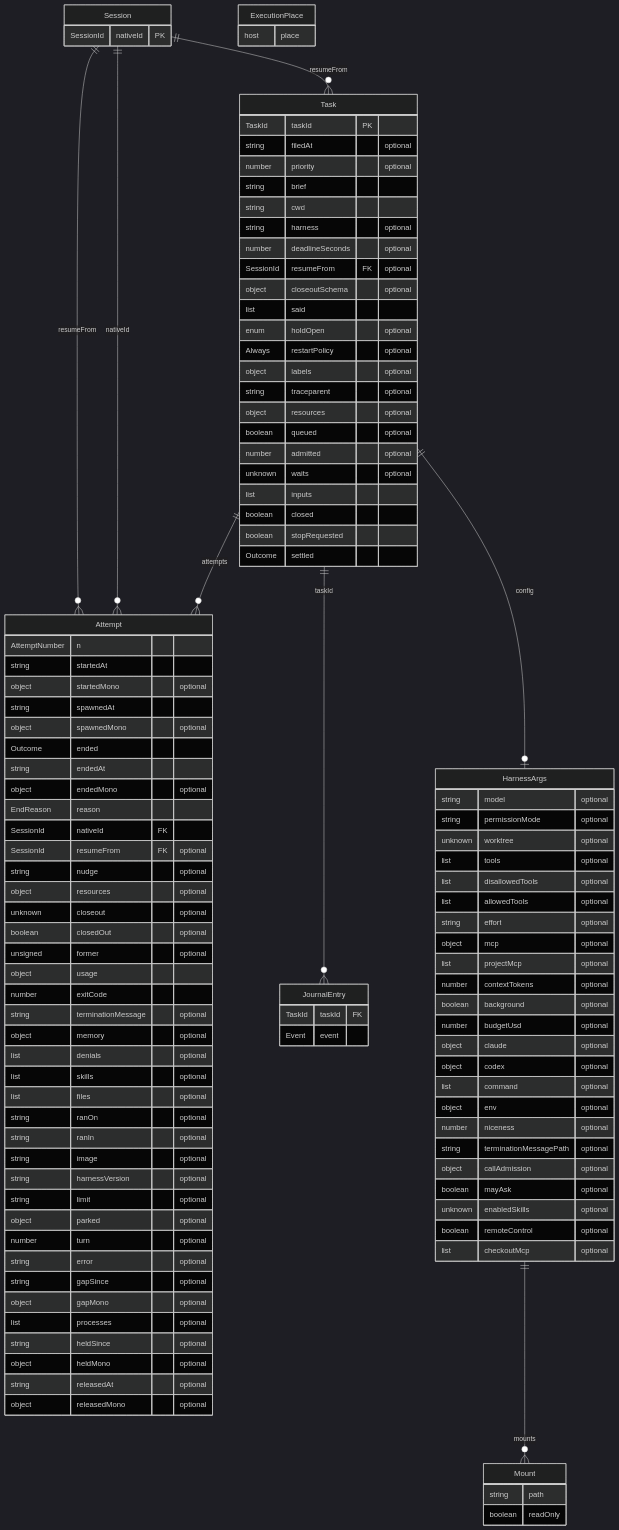
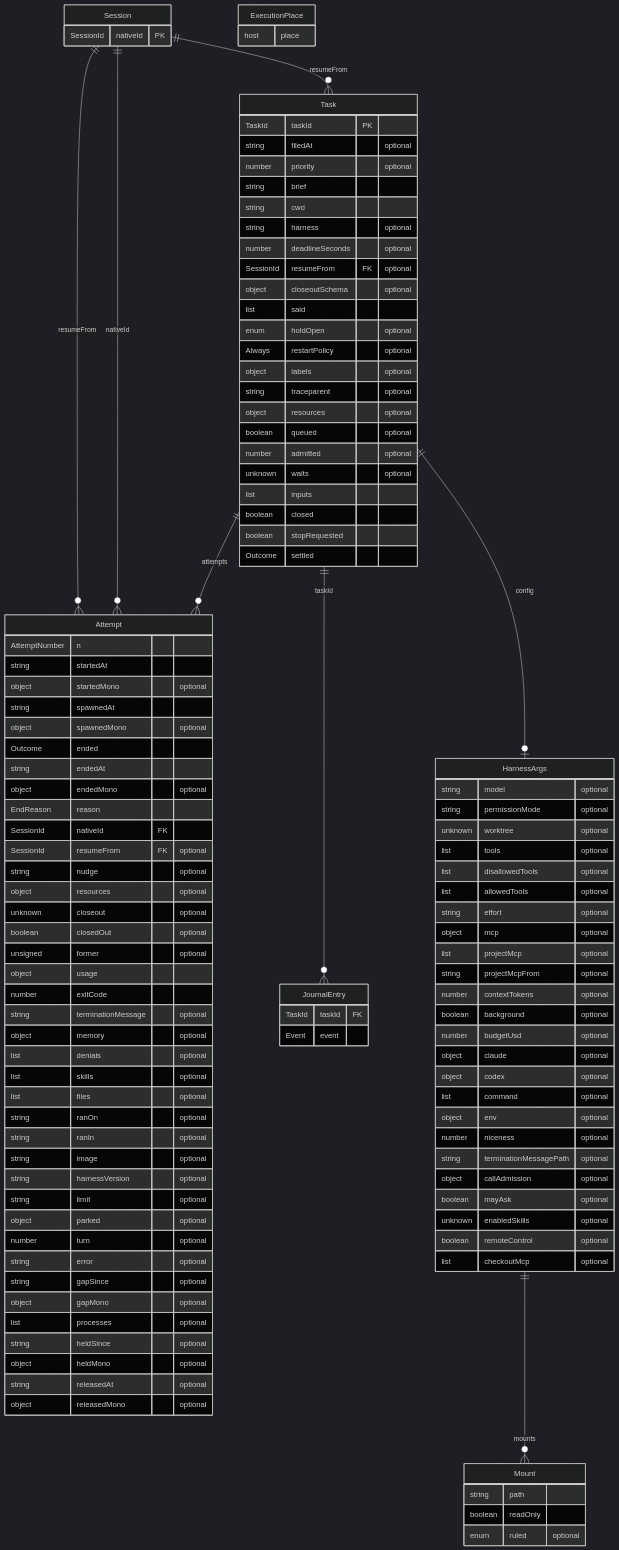
The diagram in packages/agent-runtime/docs/model.md (emyann/nemia), drawn with Mermaid (dark theme) before and after one commit. The commit also changed 10 other files, not shown here.

Commit message:
Hold switchedOnRead by a row, not a law; the shared spellings in src, held without the verifier; the diagrams, a comment and the glossary's citation as the guards read them

```diff
--- a/packages/agent-runtime/docs/model.md
+++ b/packages/agent-runtime/docs/model.md
@@ -102,6 +102,7 @@
     string effort "optional"
     object mcp "optional"
     list projectMcp "optional"
+    string projectMcpFrom "optional"
     number contextTokens "optional"
     boolean background "optional"
     number budgetUsd "optional"
@@ -120,6 +121,7 @@
   Mount {
     string path
     boolean readOnly
+    enum ruled "optional"
   }
   ExecutionPlace {
     host place
```
